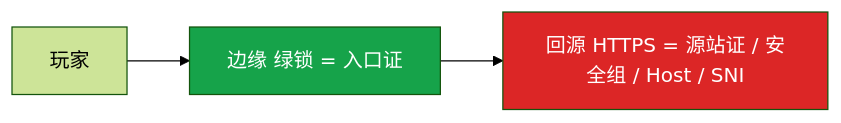
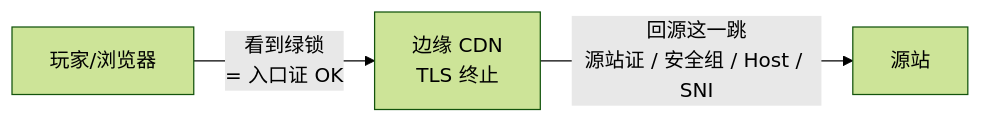
The seventh of 8 diagrams in 01-基础底座/14-HTTP与TLS/知识点.md (ml-cuizijun/LearnToLilith), drawn with Mermaid (forest theme) before and after one commit. The commit also changed other lines of this file and 470 other files, not shown here.

````diff
--- a/01-基础底座/14-HTTP与TLS/知识点.md
+++ b/01-基础底座/14-HTTP与TLS/知识点.md
@@ -678,9 +456,5 @@
 ```mermaid
 flowchart LR
-    P[玩家] --> E[边缘 绿锁 = 入口证]
-    E --> O[回源 HTTPS = 源站证 / 安全组 / Host / SNI]
-    classDef a fill:#16A34A,color:#fff
-    classDef b fill:#DC2626,color:#fff
-    class E a
-    class O b
+    P["玩家/浏览器"] -->|"看到绿锁<br/>= 入口证 OK"| E["边缘 CDN<br/>TLS 终止"]
+    E -->|"回源这一跳<br/>源站证 / 安全组 / Host / SNI"| O["源站"]
 ```
````
